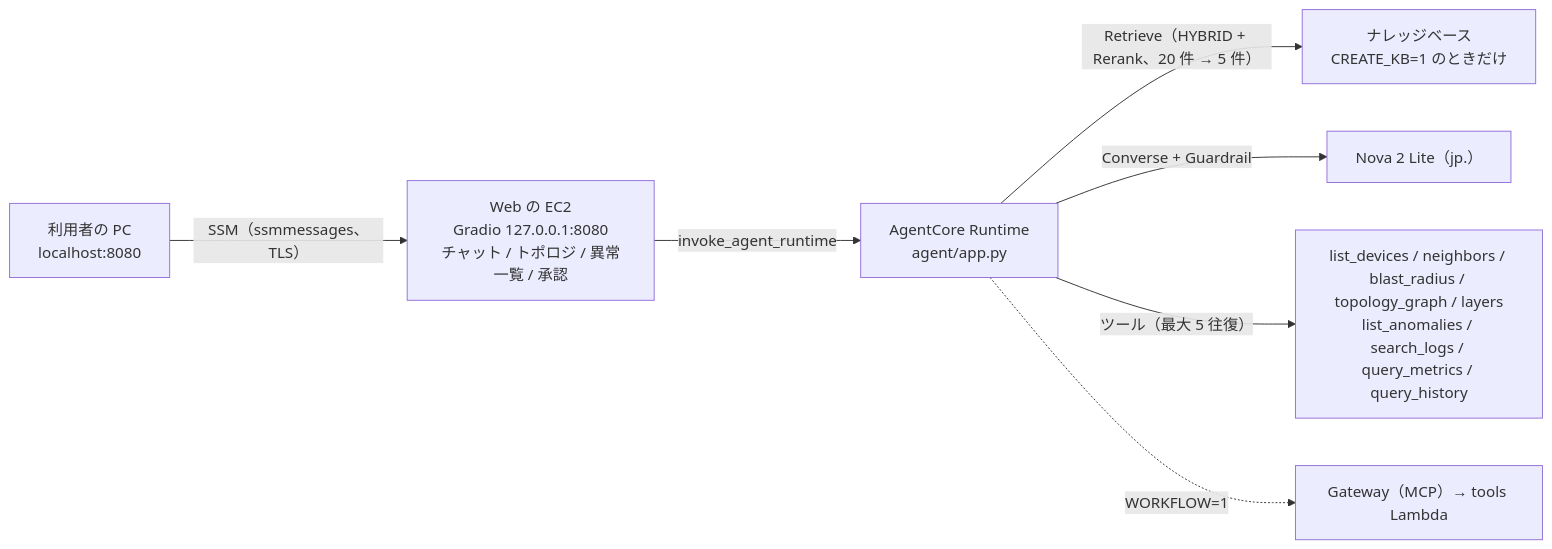
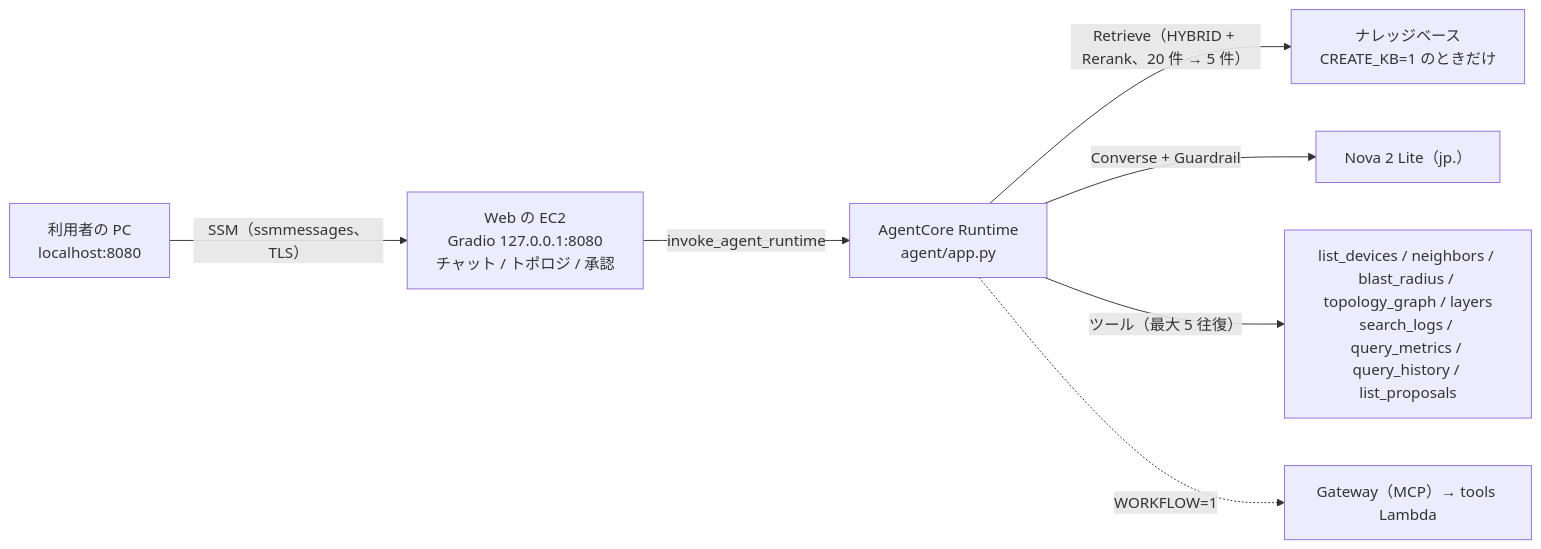
One commit to eddie-eights/cf-netops-sandbox changed the first of 2 diagrams in docs/architecture.md. Above: the diagram before and after it, drawn with Mermaid. The commit also changed other lines of this file and 10 other files, not shown here.

````diff
--- a/docs/architecture.md
+++ b/docs/architecture.md
@@ -11,9 +11,9 @@
 ```mermaid
 flowchart LR
-  PC["利用者の PC<br/>localhost:8080"] -->|"SSM（ssmmessages、TLS）"| WEB["Web の EC2<br/>Gradio 127.0.0.1:8080<br/>チャット / トポロジ / 異常一覧 / 承認"]
+  PC["利用者の PC<br/>localhost:8080"] -->|"SSM（ssmmessages、TLS）"| WEB["Web の EC2<br/>Gradio 127.0.0.1:8080<br/>チャット / トポロジ / 承認"]
   WEB -->|"invoke_agent_runtime"| RT["AgentCore Runtime<br/>agent/app.py"]
   RT -->|"Retrieve（HYBRID + Rerank、20 件 → 5 件）"| KB["ナレッジベース<br/>CREATE_KB=1 のときだけ"]
   RT -->|"Converse + Guardrail"| LLM["Nova 2 Lite（jp.）"]
-  RT -->|"ツール（最大 5 往復）"| TOOLS["list_devices / neighbors / blast_radius / topology_graph / layers<br/>list_anomalies / search_logs / query_metrics / query_history"]
+  RT -->|"ツール（最大 5 往復）"| TOOLS["list_devices / neighbors / blast_radius / topology_graph / layers<br/>search_logs / query_metrics / query_history / list_proposals"]
   RT -.->|"WORKFLOW=1"| GW["Gateway（MCP）→ tools Lambda"]
 ```
````
